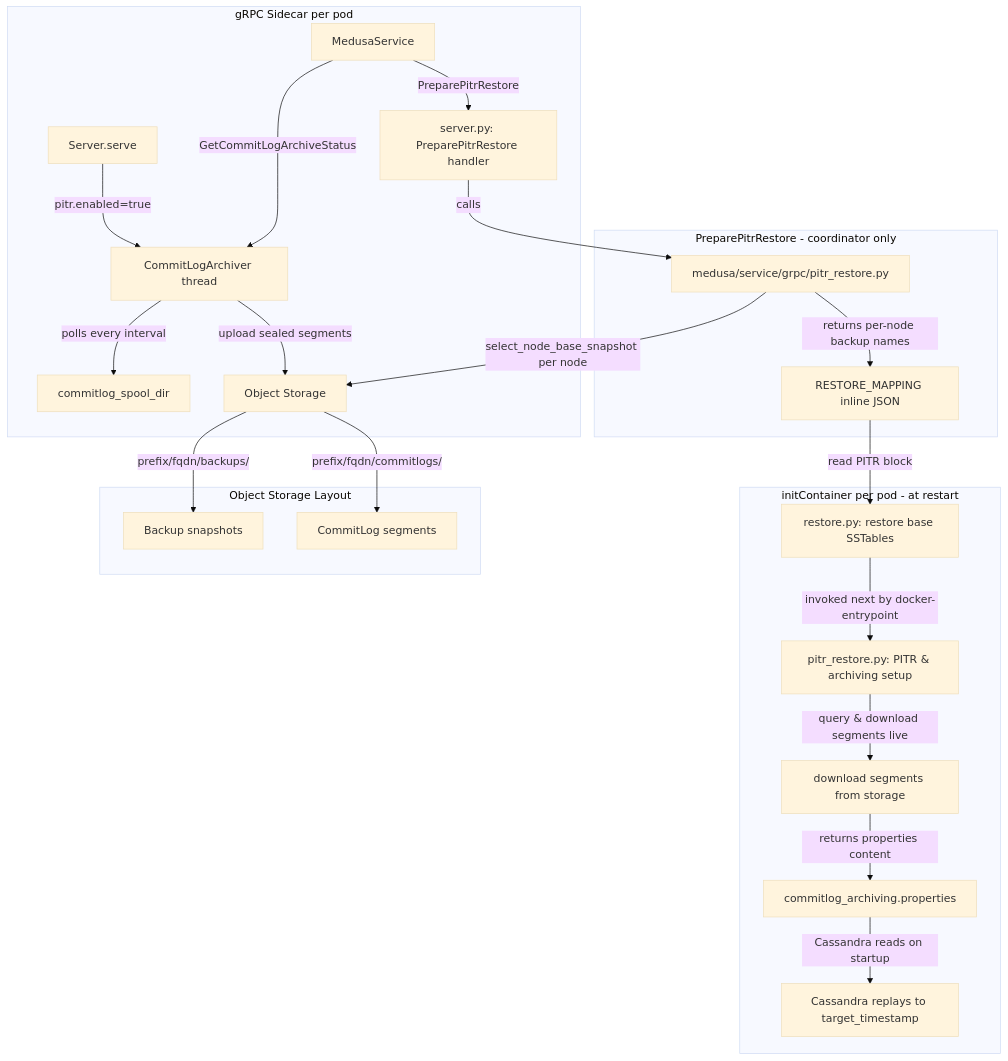
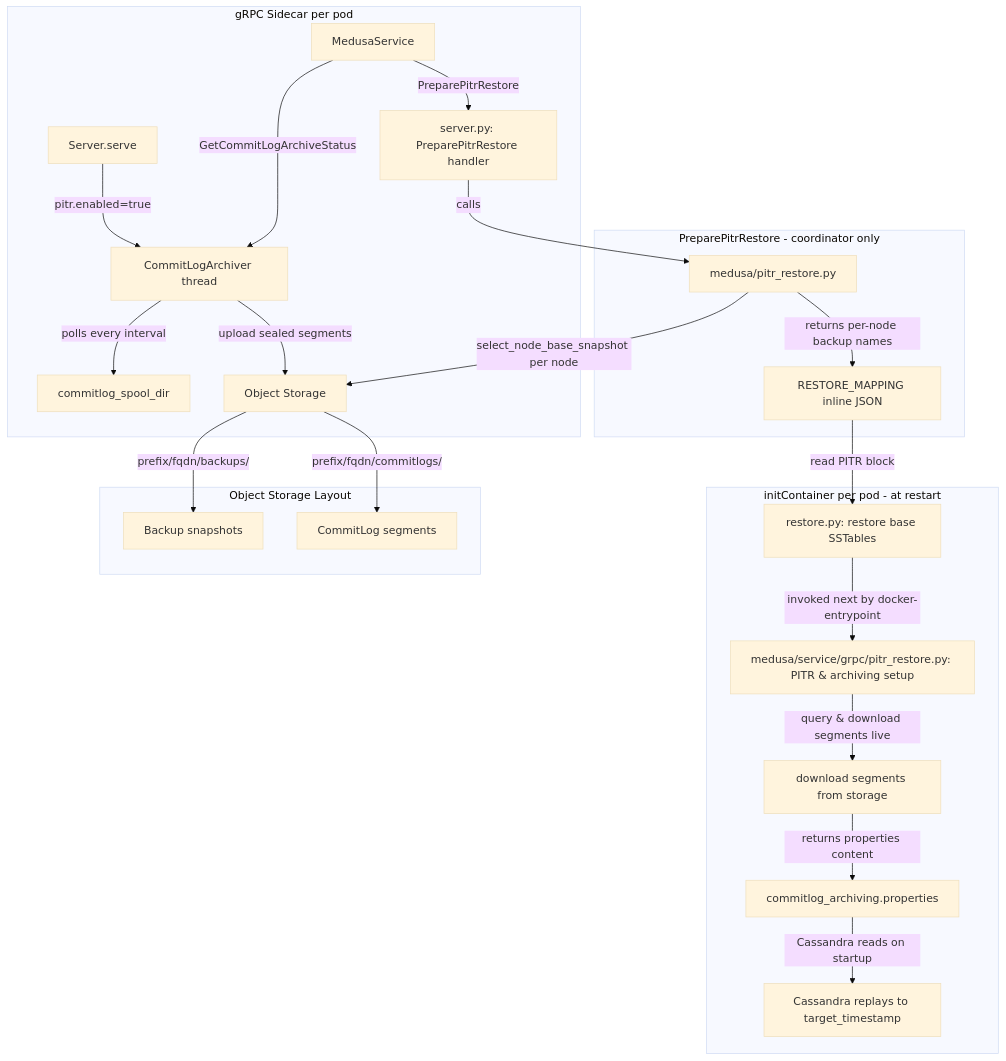
The first of 2 diagrams in docs/superpowers/specs/pitr-design-doc.md (thelastpickle/cassandra-medusa), drawn with Mermaid (base theme) before and after one commit.

Commit message:
docs(pitr): fix §4.1 diagram — restore pure-logic label on PITR_MODULE, qualify initContainer node (I5)

````diff
--- a/docs/superpowers/specs/pitr-design-doc.md
+++ b/docs/superpowers/specs/pitr-design-doc.md
@@ -100,29 +100,29 @@
 ```mermaid
 graph TD
     subgraph gRPC Sidecar per pod
         S[Server.serve] -->|pitr.enabled=true| A[CommitLogArchiver thread]
         A -->|polls every interval| CL[commitlog_spool_dir]
         A -->|upload sealed segments| OS[Object Storage]
         SVC[MedusaService] -->|GetCommitLogArchiveStatus| A
         SVC -->|PreparePitrRestore| RPC_HANDLER[server.py: PreparePitrRestore handler]
     end
 
     subgraph PreparePitrRestore - coordinator only
-        RPC_HANDLER -->|calls| PITR_MODULE[medusa/service/grpc/pitr_restore.py]
+        RPC_HANDLER -->|calls| PITR_MODULE[medusa/pitr_restore.py]
         PITR_MODULE -->|select_node_base_snapshot per node| OS
         PITR_MODULE -->|returns per-node backup names| RM[RESTORE_MAPPING inline JSON]
     end
 
     subgraph initContainer per pod - at restart
         RM -->|read PITR block| RC[restore.py: restore base SSTables]
-        RC -->|invoked next by docker-entrypoint| PR[pitr_restore.py: PITR & archiving setup]
+        RC -->|invoked next by docker-entrypoint| PR[medusa/service/grpc/pitr_restore.py: PITR & archiving setup]
         PR -->|query & download segments live| DL[download segments from storage]
         DL -->|returns properties content| PROPS[commitlog_archiving.properties]
         PROPS -->|Cassandra reads on startup| CS[Cassandra replays to target_timestamp]
     end
 
     subgraph Object Storage Layout
         OS --> |prefix/fqdn/backups/| BK[Backup snapshots]
         OS --> |prefix/fqdn/commitlogs/| CLS[CommitLog segments]
     end
 ```
````
